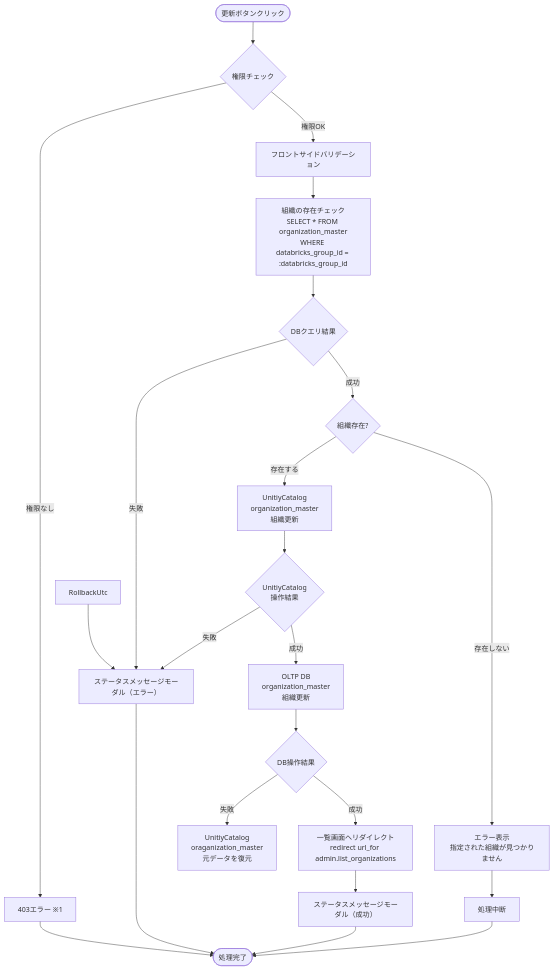
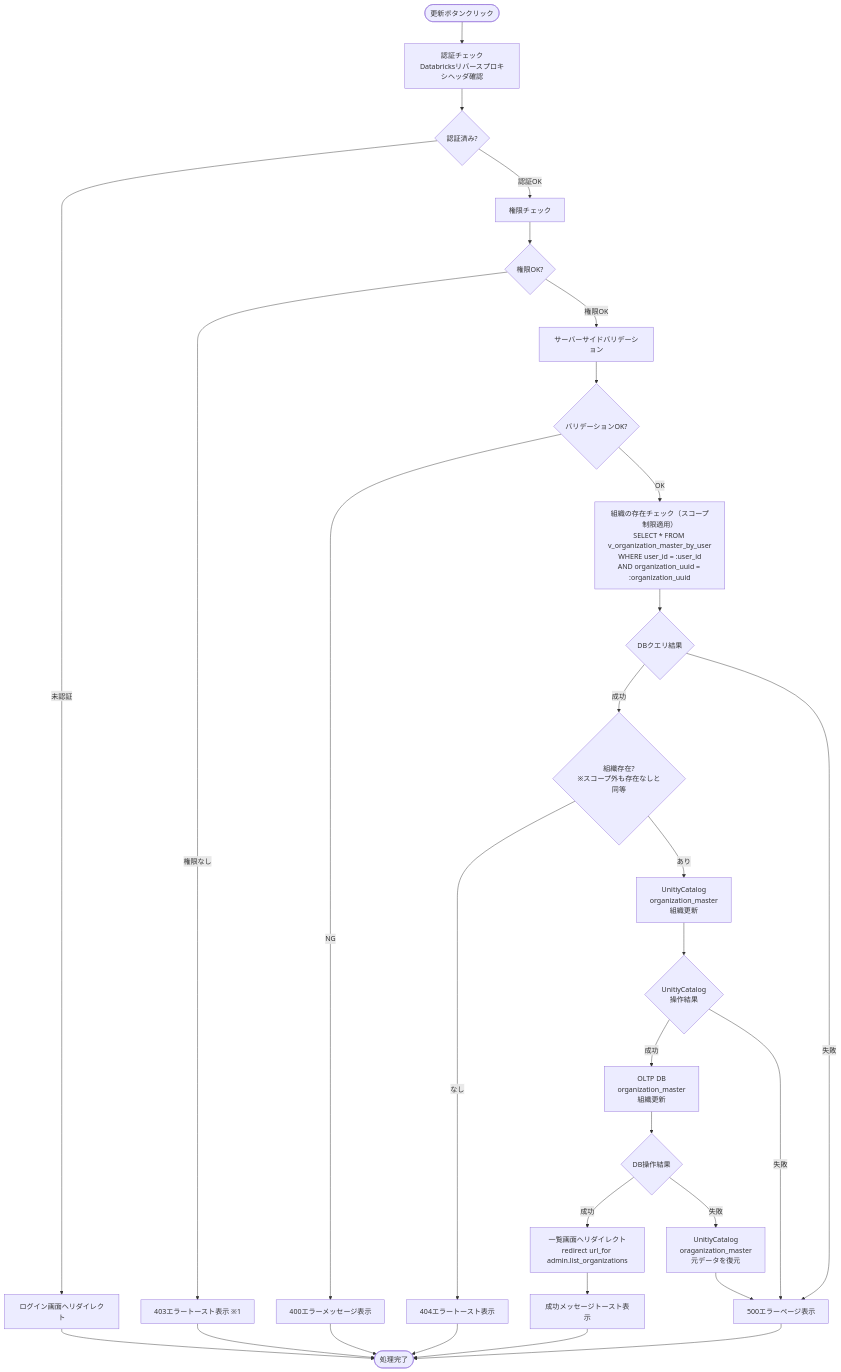
The sixth of 8 diagrams in docs/03-features/flask-app/organizations/workflow-specification.md (NSW-SVCP-AIWG002/Databricks-IoT), drawn with Mermaid before and after one commit. The commit also changed other lines of this file and 3 other files, not shown here.

Commit message:
データスコープ制御修正 Databricks Group 処理削除 実装例修正

````diff
--- a/docs/03-features/flask-app/organizations/workflow-specification.md
+++ b/docs/03-features/flask-app/organizations/workflow-specification.md
@@ -1128,35 +1328,43 @@
 ```mermaid
 flowchart TD
-    Start([更新ボタンクリック]) --> CheckAuth{権限チェック}
+    Start([更新ボタンクリック]) --> Auth[認証チェック<br>Databricksリバースプロキシヘッダ確認]
+    Auth --> CheckAuth{認証済み?}
+    CheckAuth -->|未認証| LoginRedirect[ログイン画面へリダイレクト]
+    CheckAuth -->|認証OK| Permission[権限チェック]
 
-    CheckAuth --> |権限OK| FrontValidate[フロントサイドバリデーション]
-    CheckAuth --> |権限なし| Error403[403エラー ※1]
+    Permission --> CheckPerm{権限OK?}
+    CheckPerm -->|権限なし| Error403[403エラートースト表示 ※1]
+    CheckPerm -->|権限OK| ServerValidate[サーバーサイドバリデーション]
 
-    FrontValidate --> CheckExists[組織の存在チェック<br>SELECT * FROM organization_master<br>WHERE databricks_group_id = :databricks_group_id]
-    CheckExists --> CheckDB1{DBクエリ結果}
+    ServerValidate --> CheckValidate{バリデーションOK?}
+    CheckValidate -->|NG| Error400[400エラーメッセージ表示]
+    CheckValidate -->|OK| OrgExist[組織の存在チェック（スコープ制限適用）<br>SELECT * FROM v_organization_master_by_user<br>WHERE user_id = :user_id<br>AND organization_uuid = :organization_uuid]
 
-    CheckDB1 -->|成功| CheckExistsResult{組織存在?}
-    CheckDB1 -->|失敗| Error500[ステータスメッセージモーダル（エラー）]
+    OrgExist --> CheckExistDB{DBクエリ結果}
+    CheckExistDB -->|成功| CheckExists{組織存在?<br>※スコープ外も存在なしと同等}
+    CheckExistDB -->|失敗| Error500[500エラーページ表示]
 
-    CheckExistsResult -->|存在しない| NotFoundError[エラー表示<br>指定された組織が見つかりません]
-    NotFoundError --> ValidEnd[処理中断]
+    CheckExists -->|なし| Error404[404エラートースト表示]
+    CheckExists -->|あり| UpdateUCMstr[UnitiyCatalog<br>organization_master<br>組織更新]
 
-    CheckExistsResult -->|存在する| UpdateUC[UnitiyCatalog<br>organization_master<br>組織更新]
-    UpdateUC --> CheckUC{UnitiyCatalog<br>操作結果}
+    UpdateUCMstr --> CheckUpdateUCMstr{UnitiyCatalog<br>操作結果}
 
-    CheckUC -->|成功| UpdateDB[OLTP DB<br>organization_master<br>組織更新]
-    CheckUC -->|失敗| Error500
+    CheckUpdateUCMstr -->|成功| UpdateDBMstr[OLTP DB<br>organization_master<br>組織更新]
+    CheckUpdateUCMstr -->|失敗| Error500
 
-    UpdateDB --> CheckDBMstr{DB操作結果}
+    UpdateDBMstr --> CheckUpdateDBMstr{DB操作結果}
 
-    CheckDBMstr -->|成功| Redirect[一覧画面へリダイレクト<br>redirect url_for admin.list_organizations]
-    CheckDBMstr -->|失敗| RollbackUC[UnitiyCatalog<br>oraganization_master<br>元データを復元]
-    RollbackUtc --> Error500
+    CheckUpdateDBMstr -->|成功| Redirect[一覧画面へリダイレクト<br>redirect url_for admin.list_organizations]
+    CheckUpdateDBMstr -->|失敗| RollbackUCMstr[UnitiyCatalog<br>oraganization_master<br>元データを復元]
 
-    Redirect --> Success[ステータスメッセージモーダル（成功）]
+    RollbackUCMstr --> Error500
 
-    ValidEnd --> End([処理完了])
+    Redirect --> Success[成功メッセージトースト表示]
+
+    LoginRedirect --> End([処理完了])
+    Error400 --> End
+    Error403 --> End
+    Error404 --> End
+    Error500 --> End
     Success --> End
-    Error500 --> End
-    Error403 --> End
 ```
````
